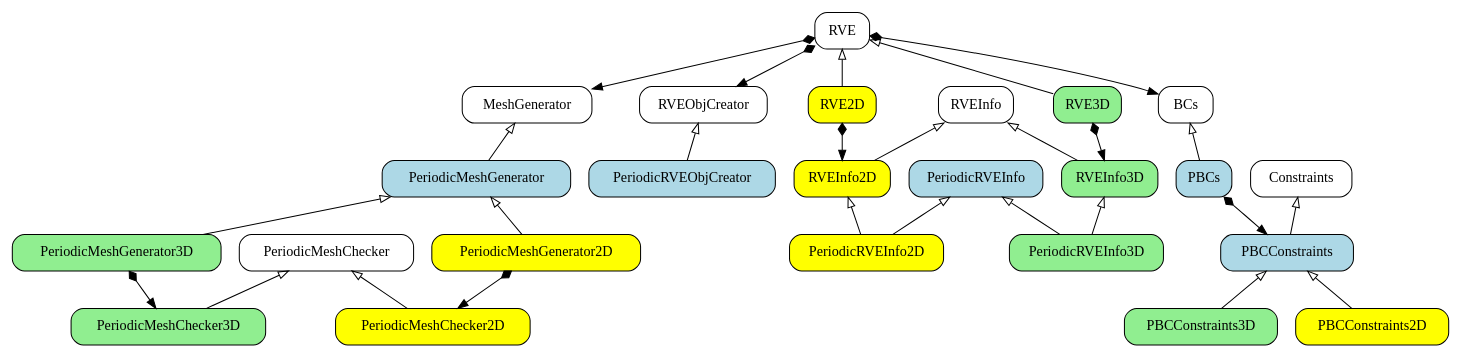
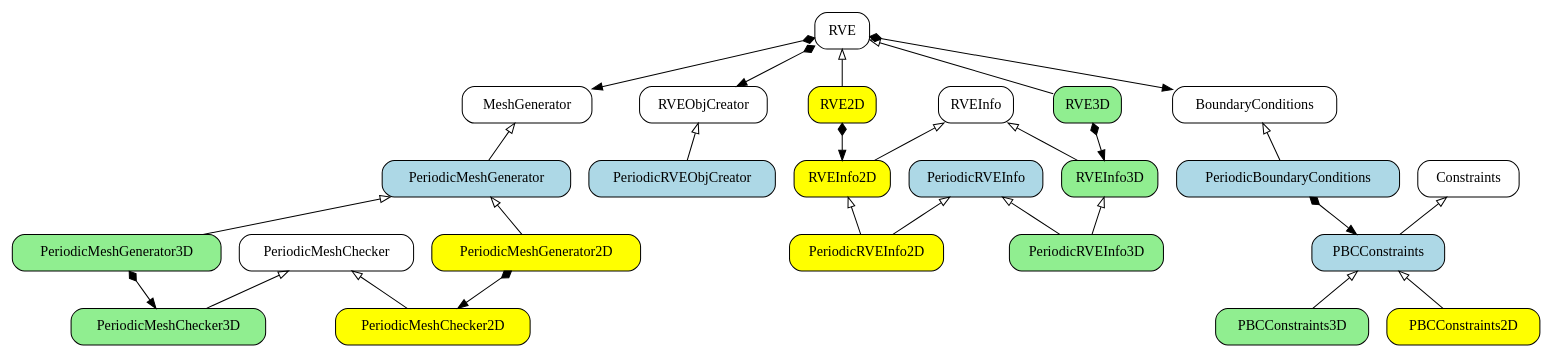
The diagram in uml/rve.gv (bessagroup/f3dasm), drawn with Graphviz before and after one commit. The commit also changed 2 other files, not shown here.

Commit message:
rve code working again for 2d case

```diff
--- a/uml/rve.gv
+++ b/uml/rve.gv
@@ -1,73 +1,73 @@
 digraph RVE {
 
     node[shape=record, style=rounded]
     RVE[label = "{RVE}"]
-    BCs[label = "{BCs}"]
+    BoundaryConditions[label = "{BoundaryConditions}"]
     MeshGenerator[label = "{MeshGenerator}"]
     PeriodicMeshChecker[label = "{PeriodicMeshChecker}"]
     Constraints[label = "{Constraints}"]
     RVEInfo[label="{RVEInfo}"]
     RVEObjCreator[label="RVEObjCreator"]
 
     node[shape=record, style="rounded, filled", fillcolor=lightblue]
-    PBCs[label = "{PBCs}"]
+    PeriodicBoundaryConditions[label = "{PeriodicBoundaryConditions}"]
     PBCConstraints[label = "{PBCConstraints}"]
     PeriodicMeshGenerator[label = "{PeriodicMeshGenerator}"]
     PeriodicRVEInfo[label = "{PeriodicRVEInfo}"]
     PeriodRVEObjCreator[label = "{PeriodicRVEObjCreator}"]
 
     node[shape=record, style="rounded, filled", fillcolor=yellow]
     RVE2D[label = "{RVE2D}"]
     PBCConstraints2D[label = "{PBCConstraints2D}"]
     RVEInfo2D[label="{RVEInfo2D}"]
     PeriodicMeshChecker2D[label = "{PeriodicMeshChecker2D}"]
     PeriodicMeshGenerator2D[label= "{PeriodicMeshGenerator2D}"]
     PeriodicRVEInfo2D[label="{PeriodicRVEInfo2D}"]
 
     node[shape=record, style="rounded, filled", fillcolor=lightgreen]
     RVE3D[label = "{RVE3D}"]
     PBCConstraints3D[label = "{PBCConstraints3D}"]
     RVEInfo3D[label="{RVEInfo3D}"]
     PeriodicMeshChecker3D[label = "{PeriodicMeshChecker3D}"]
     PeriodicMeshGenerator3D[label= "{PeriodicMeshGenerator3D}"]
     PeriodicRVEInfo3D[label="{PeriodicRVEInfo3D}"]
 
 
     // generalizations
     edge[dir=back, arrowtail=empty, style=normal]
     RVE->RVE2D
     RVE->RVE3D
-    BCs->PBCs
+    BoundaryConditions->PeriodicBoundaryConditions
     MeshGenerator->PeriodicMeshGenerator
     Constraints->PBCConstraints
     PBCConstraints->PBCConstraints2D
     PBCConstraints->PBCConstraints3D
     RVEInfo->RVEInfo2D
     RVEInfo->RVEInfo3D
     PeriodicMeshChecker->PeriodicMeshChecker2D
     PeriodicMeshChecker->PeriodicMeshChecker3D
     PeriodicMeshGenerator->PeriodicMeshGenerator2D
     PeriodicMeshGenerator->PeriodicMeshGenerator3D
     PeriodicRVEInfo->PeriodicRVEInfo2D
     RVEInfo2D->PeriodicRVEInfo2D
     PeriodicRVEInfo->PeriodicRVEInfo3D
     RVEInfo3D->PeriodicRVEInfo3D
     RVEObjCreator->PeriodRVEObjCreator
 
     // dependencies
     edge[dir=normal, arrowhead=normal, style=dashed]
     // PeriodicMeshGenerator->RVEInfo
     // PeriodicMeshChecker->RVEInfo
 
     // compositions
     edge[dir=both, arrowtail=diamond, arrowhead=normal, style=normal]
     RVE2D->RVEInfo2D
     RVE3D->RVEInfo3D
     RVE->MeshGenerator
-    RVE->BCs
+    RVE->BoundaryConditions
     PeriodicMeshGenerator2D->PeriodicMeshChecker2D
     PeriodicMeshGenerator3D->PeriodicMeshChecker3D
     RVE->RVEObjCreator
-    PBCs->PBCConstraints
+    PeriodicBoundaryConditions->PBCConstraints
 
 }
```
